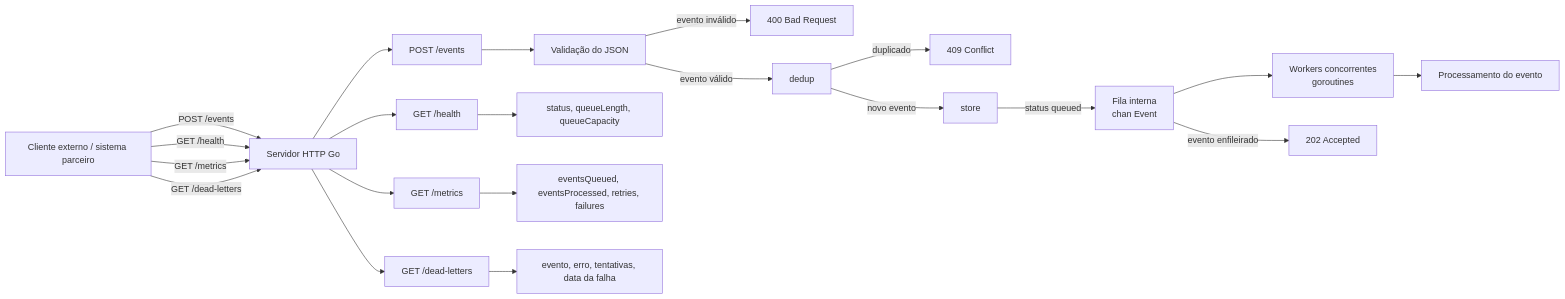
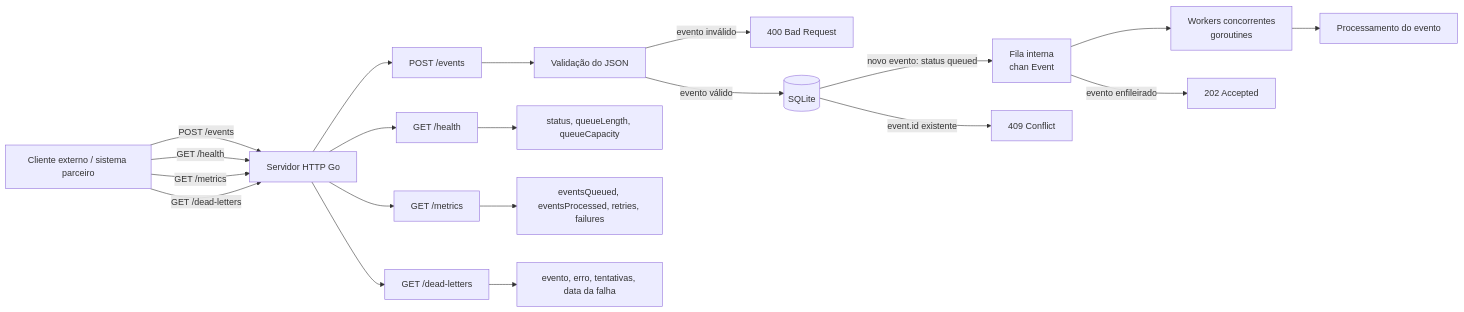
The first of 4 diagrams in docs/architecture.md (rafamguedes/go-webhook-processor), drawn with Mermaid before and after one commit. The commit also changed other lines of this file and 6 other files, not shown here.

````diff
--- a/docs/architecture.md
+++ b/docs/architecture.md
@@ -7,37 +7,36 @@
 ```mermaid
 flowchart LR
     client[Cliente externo / sistema parceiro]
     api[Servidor HTTP Go]
     handler[POST /events]
     validation[Validação do JSON]
     queue[Fila interna<br/>chan Event]
     workers[Workers concorrentes<br/>goroutines]
     processor[Processamento do evento]
     health[GET /health]
     metrics[GET /metrics]
     deadletters[GET /dead-letters]
 
     client -->|POST /events| api
     api --> handler
     handler --> validation
     validation -->|evento inválido| badRequest[400 Bad Request]
-    validation -->|evento válido| dedup
-    dedup -->|duplicado| conflict[409 Conflict]
-    dedup -->|novo evento| store
-    store -->|status queued| queue
+    validation -->|evento válido| store[(SQLite)]
+    store -->|event.id existente| conflict[409 Conflict]
+    store -->|novo evento: status queued| queue
     queue -->|evento enfileirado| accepted[202 Accepted]
     queue --> workers
     workers --> processor
 
     client -->|GET /health| api
     api --> health
     health --> healthResponse[status, queueLength, queueCapacity]
 
     client -->|GET /metrics| api
     api --> metrics
     metrics --> metricsResponse[eventsQueued, eventsProcessed, retries, failures]
 
     client -->|GET /dead-letters| api
     api --> deadletters
     deadletters --> deadLetterResponse[evento, erro, tentativas, data da falha]
 ```
````
